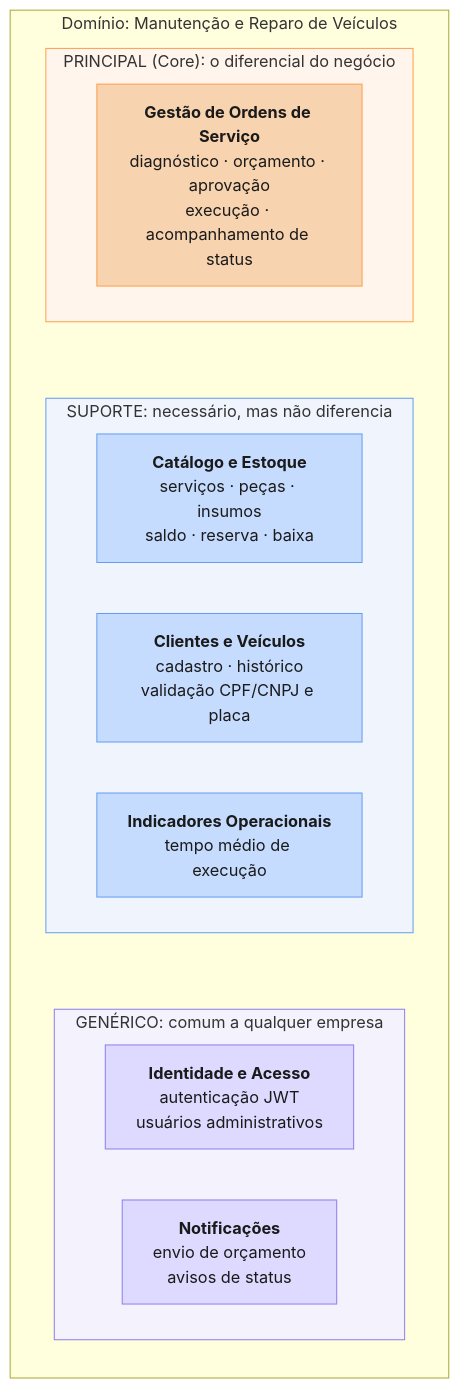
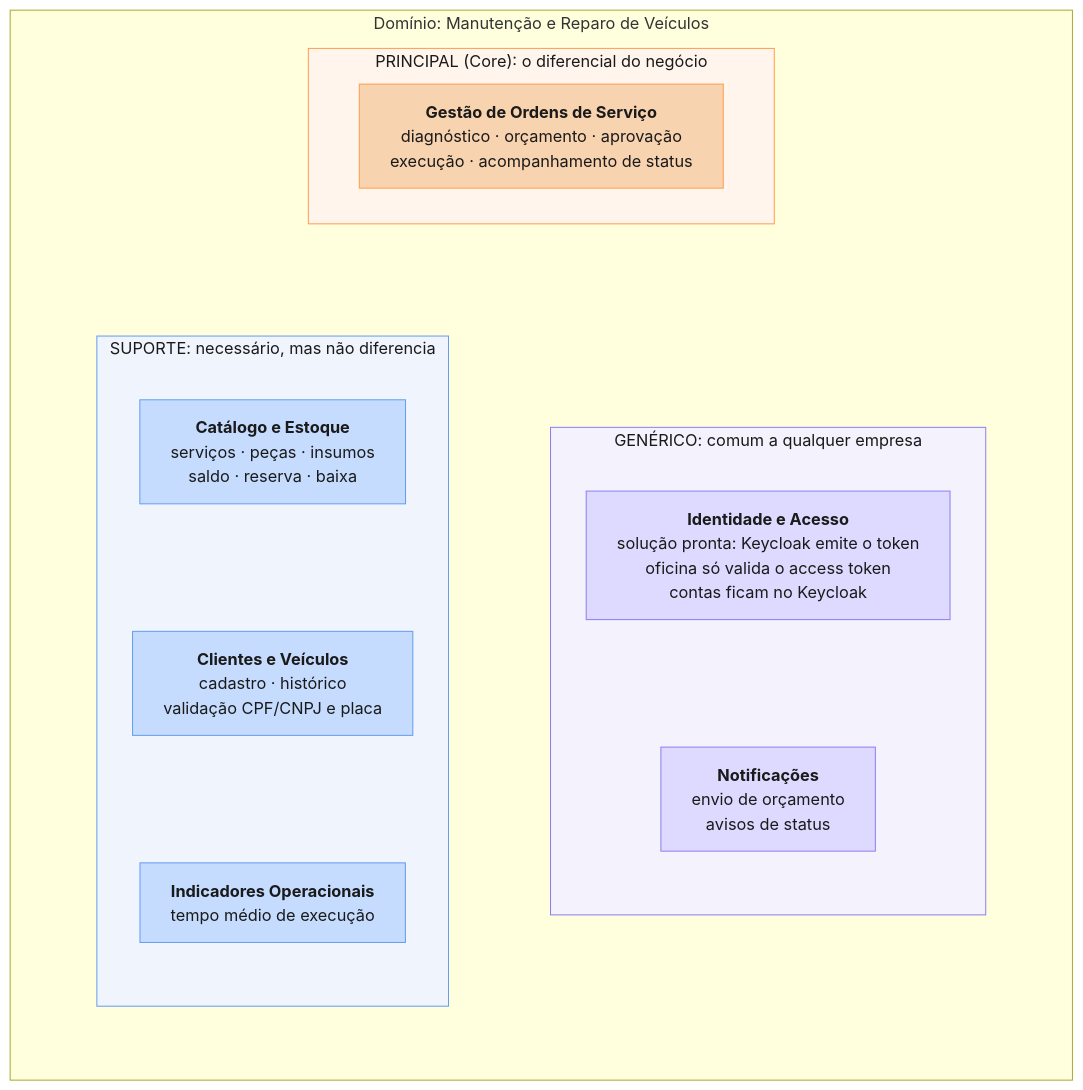
The diagram in docs/diagramas/ddd-subdominios.md (bernacamargo/tech-challenge-18soat), drawn with Mermaid before and after one commit. The commit also changed other lines of this file and 7 other files, not shown here.

First line of the commit message:
docs(diagramas): refaz C4 e corrige a legibilidade dos diagramas (#95)

````diff
--- a/docs/diagramas/ddd-subdominios.md
+++ b/docs/diagramas/ddd-subdominios.md
@@ -7,35 +7,42 @@
 ```mermaid
+%%{init: {"flowchart": {"wrappingWidth": 320}}}%%
 flowchart TB
     subgraph DOM["Domínio: Manutenção e Reparo de Veículos"]
         direction TB
 
         subgraph CORE["PRINCIPAL (Core): o diferencial do negócio"]
             OS["<b>Gestão de Ordens de Serviço</b><br/>diagnóstico · orçamento · aprovação<br/>execução · acompanhamento de status"]
         end
 
-        subgraph SUP["SUPORTE: necessário, mas não diferencia"]
+        subgraph BASE[" "]
             direction LR
-            EST["<b>Catálogo e Estoque</b><br/>serviços · peças · insumos<br/>saldo · reserva · baixa"]
-            CLI["<b>Clientes e Veículos</b><br/>cadastro · histórico<br/>validação CPF/CNPJ e placa"]
-            IND["<b>Indicadores Operacionais</b><br/>tempo médio de execução"]
+            subgraph SUP["SUPORTE: necessário, mas não diferencia"]
+                direction TB
+                EST["<b>Catálogo e Estoque</b><br/>serviços · peças · insumos<br/>saldo · reserva · baixa"]
+                CLI["<b>Clientes e Veículos</b><br/>cadastro · histórico<br/>validação CPF/CNPJ e placa"]
+                IND["<b>Indicadores Operacionais</b><br/>tempo médio de execução"]
+                EST ~~~ CLI ~~~ IND
+            end
+            subgraph GEN["GENÉRICO: comum a qualquer empresa"]
+                direction TB
+                IAM["<b>Identidade e Acesso</b><br/>solução pronta: Keycloak emite o token<br/>oficina só valida o access token<br/>contas ficam no Keycloak"]
+                NOT["<b>Notificações</b><br/>envio de orçamento<br/>avisos de status"]
+                IAM ~~~ NOT
+            end
+            SUP ~~~ GEN
         end
 
-        subgraph GEN["GENÉRICO: comum a qualquer empresa"]
-            direction LR
-            IAM["<b>Identidade e Acesso</b><br/>autenticação JWT<br/>usuários administrativos"]
-            NOT["<b>Notificações</b><br/>envio de orçamento<br/>avisos de status"]
-        end
-
-        CORE ~~~ SUP ~~~ GEN
+        CORE ~~~ BASE
     end
 
     classDef core fill:#f8d3af,stroke:#fe9f4d,color:#1a1a1a
     classDef sup fill:#c6dcff,stroke:#659df2,color:#1a1a1a
     classDef gen fill:#dedaff,stroke:#8f7fee,color:#1a1a1a
     class OS core
     class EST,CLI,IND sup
     class IAM,NOT gen
-    style CORE fill:#fff5ed,stroke:#fe9f4d
-    style SUP fill:#f0f5fd,stroke:#659df2
-    style GEN fill:#f4f2fd,stroke:#8f7fee
+    style CORE fill:#fff5ed,stroke:#fe9f4d,color:#1a1a1a
+    style SUP fill:#f0f5fd,stroke:#659df2,color:#1a1a1a
+    style GEN fill:#f4f2fd,stroke:#8f7fee,color:#1a1a1a
+    style BASE fill:none,stroke:none
 ```
````
